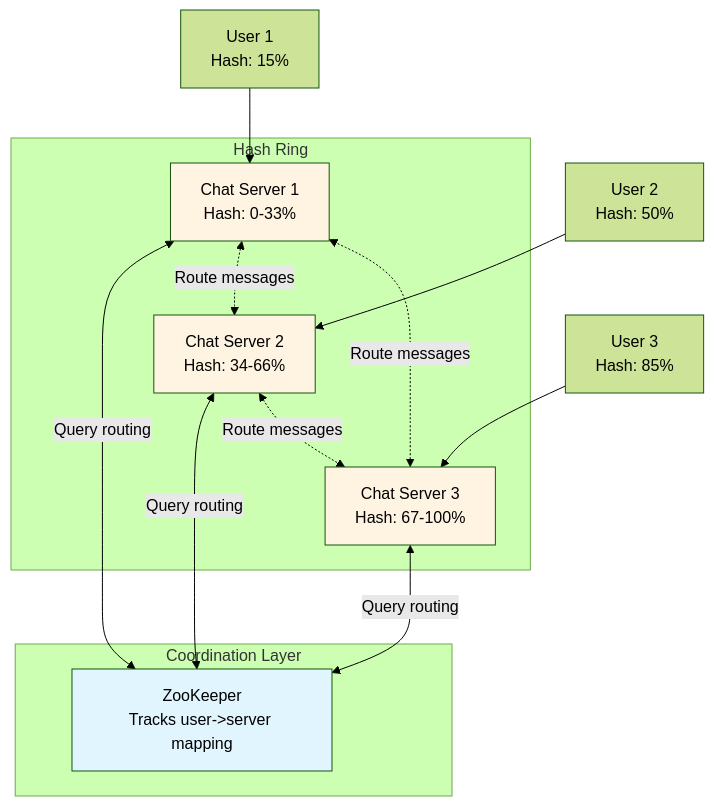
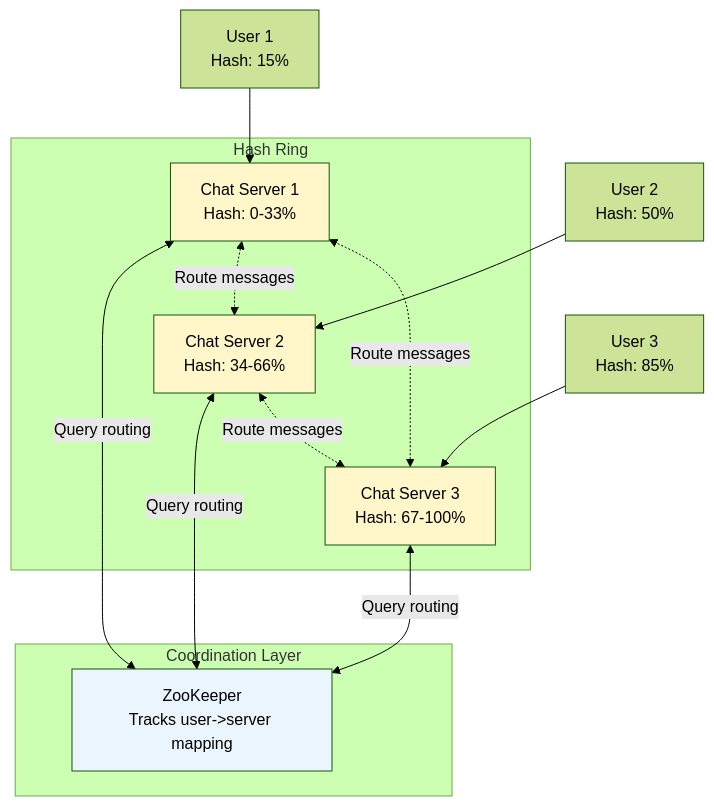
Before and after one commit to cartmancodes/InterviewVault: diagram 14 of 22 in LLD/questions/Design Whatsapp.md, drawn with Mermaid (forest theme). The commit also changed other lines of this file and 679 other files, not shown here.

Commit message:
Unify content diagrams and add accessible visual walkthroughs

````diff
--- a/LLD/questions/Design Whatsapp.md
+++ b/LLD/questions/Design Whatsapp.md
@@ -775,29 +775,29 @@
 ```mermaid
 graph TB
     subgraph "Coordination Layer"
         ZK[ZooKeeper<br/>Tracks user->server mapping]
     end
     
     subgraph "Hash Ring"
         CS1[Chat Server 1<br/>Hash: 0-33%]
         CS2[Chat Server 2<br/>Hash: 34-66%]
         CS3[Chat Server 3<br/>Hash: 67-100%]
     end
     
     U1[User 1<br/>Hash: 15%] --> CS1
     U2[User 2<br/>Hash: 50%] --> CS2
     U3[User 3<br/>Hash: 85%] --> CS3
     
     CS1 <-->|Query routing| ZK
     CS2 <-->|Query routing| ZK
     CS3 <-->|Query routing| ZK
     
     CS1 <-.->|Route messages| CS2
     CS2 <-.->|Route messages| CS3
     CS3 <-.->|Route messages| CS1
     
-    style CS1 fill:#fff4e1
-    style CS2 fill:#fff4e1
-    style CS3 fill:#fff4e1
-    style ZK fill:#e1f5ff
+    style CS1 fill:#FFF6C9
+    style CS2 fill:#FFF6C9
+    style CS3 fill:#FFF6C9
+    style ZK fill:#EAF5FD
 ```
````
